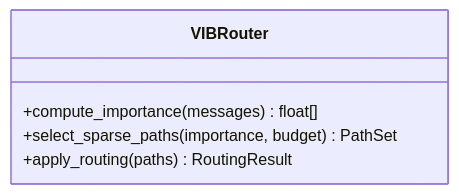
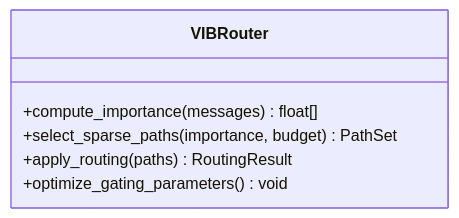
One commit to QuStarry/VIB-SparseCommunication changed the fifth of 7 diagrams in .qoder/repowiki/zh/content/核心架构/实验框架/HumanEval基准测试.md. Above: the diagram before and after it, drawn with Mermaid. The commit also changed other lines of this file and 18 other files, not shown here.

````diff
--- a/.qoder/repowiki/zh/content/核心架构/实验框架/HumanEval基准测试.md
+++ b/.qoder/repowiki/zh/content/核心架构/实验框架/HumanEval基准测试.md
@@ -159,8 +174,9 @@
 ```mermaid
 classDiagram
 class VIBRouter {
 +compute_importance(messages) float[]
 +select_sparse_paths(importance, budget) PathSet
 +apply_routing(paths) RoutingResult
++optimize_gating_parameters() void
 }
 ```
````
